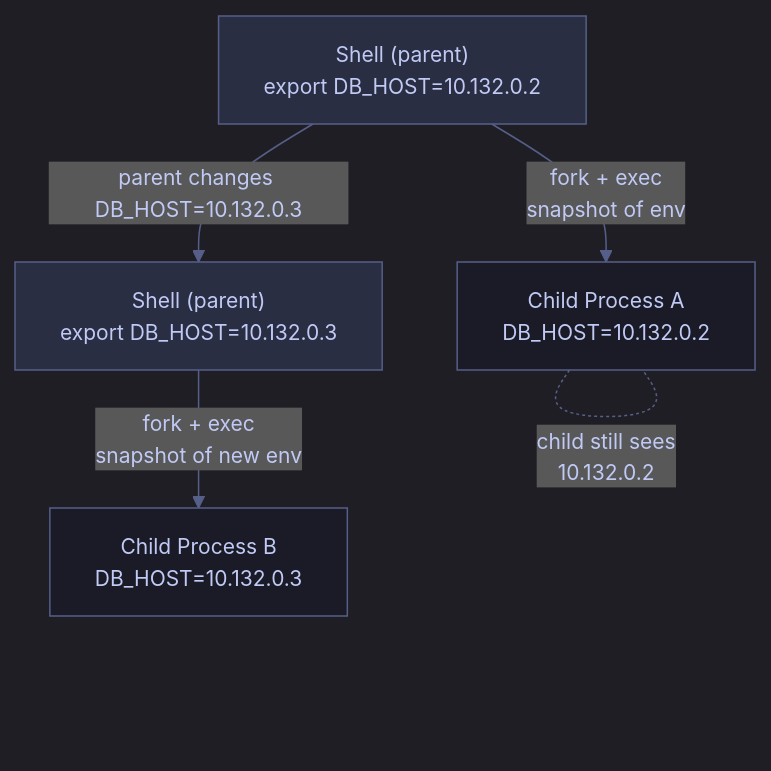
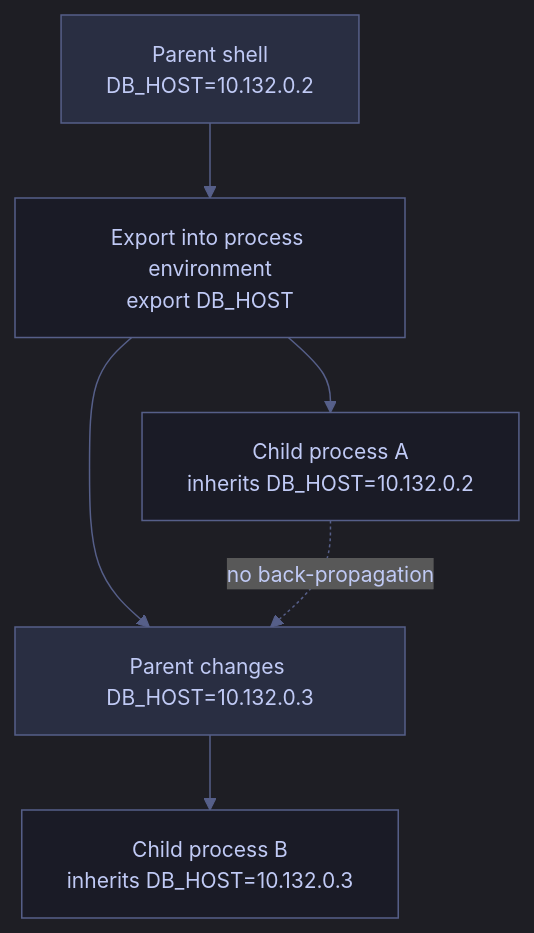
Before and after one commit to alp78/elysium: the diagram in content/01-Shell/01-Scripting/01-environment-variables.md, drawn with Mermaid. The commit also changed other lines of this file and 46 other files, not shown here.

````diff
--- a/content/01-Shell/01-Scripting/01-environment-variables.md
+++ b/content/01-Shell/01-Scripting/01-environment-variables.md
@@ -260,12 +117,14 @@
 ```mermaid
 %%{init: {'theme': 'dark', 'themeVariables': {'primaryColor': '#292e42','primaryTextColor': '#c0caf5','primaryBorderColor': '#565f89','lineColor': '#565f89','secondaryColor': '#1a1b26','tertiaryColor': '#24283b','noteTextColor': '#c0caf5','noteBkgColor': '#292e42','textColor': '#c0caf5','fontSize': '14px'}}}%%
 flowchart TD
-    A["Shell (parent)<br/>export DB_HOST=10.132.0.2"] -->|"fork + exec<br/>snapshot of env"| B["Child Process A<br/>DB_HOST=10.132.0.2"]
-    A -->|"parent changes DB_HOST=10.132.0.3"| C["Shell (parent)<br/>export DB_HOST=10.132.0.3"]
-    C -->|"fork + exec<br/>snapshot of new env"| D["Child Process B<br/>DB_HOST=10.132.0.3"]
-    B -.-|"child still sees<br/>10.132.0.2"| B
+    A["Parent shell<br/>DB_HOST=10.132.0.2"] --> B["Export into process environment<br/>export DB_HOST"]
+    B --> C["Child process A<br/>inherits DB_HOST=10.132.0.2"]
+    B --> D["Parent changes DB_HOST=10.132.0.3"]
+    D --> E["Child process B<br/>inherits DB_HOST=10.132.0.3"]
+    C -. no back-propagation .-> D
     style A fill:#292e42,stroke:#565f89
     style B fill:#1a1b26,stroke:#565f89
-    style C fill:#292e42,stroke:#565f89
-    style D fill:#1a1b26,stroke:#565f89
+    style C fill:#1a1b26,stroke:#565f89
+    style D fill:#292e42,stroke:#565f89
+    style E fill:#1a1b26,stroke:#565f89
 ```
````
